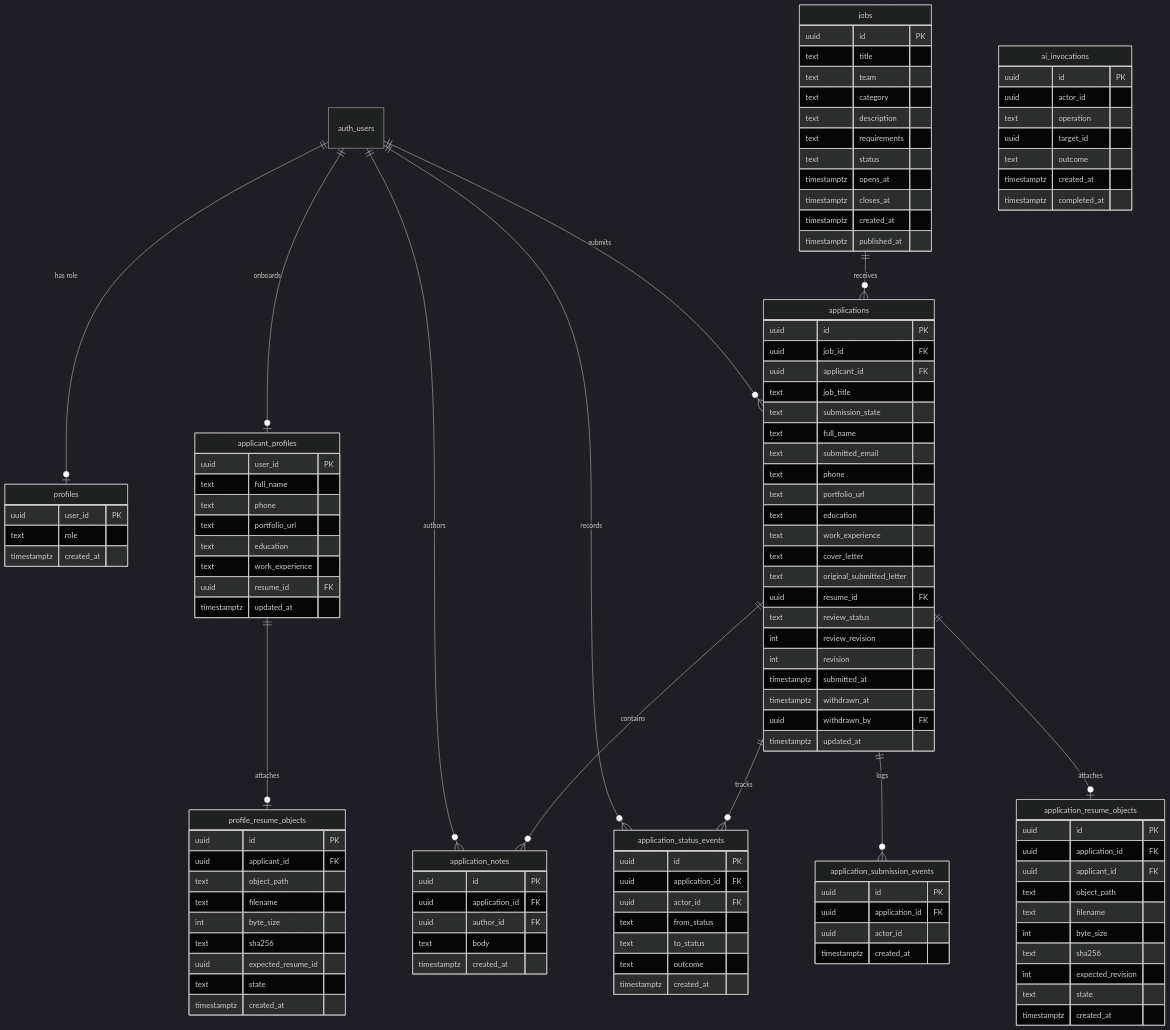
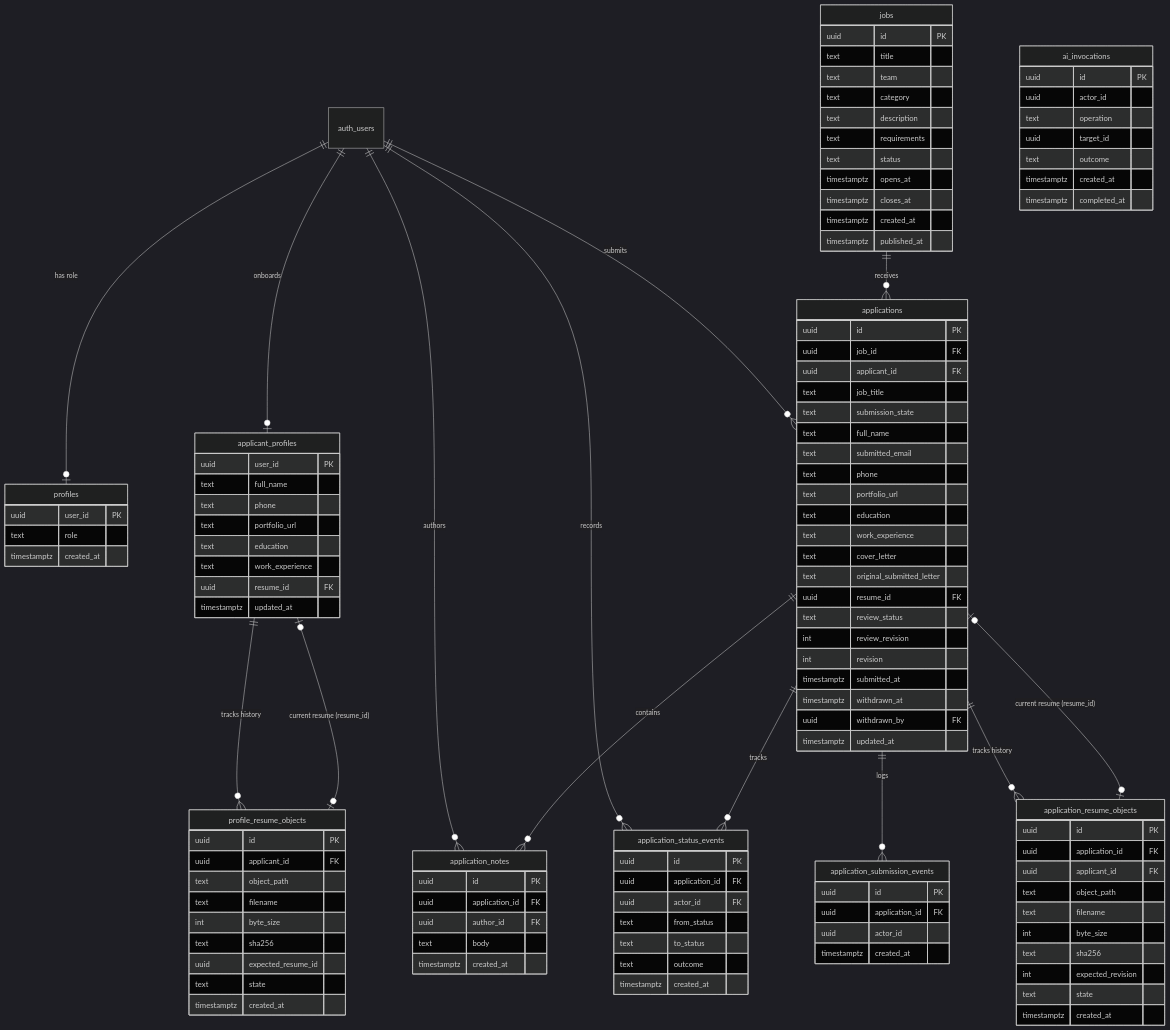
One commit to CS3227-2610-MP3-ConnectTalent/CS3227-2610-MP3 changed the second of 9 diagrams in docs/DeveloperGuide.md. Above: the diagram before and after it, drawn with Mermaid (dark theme). The commit also changed other lines of this file and 3 other files, not shown here.

Commit message:
docs(guides): address follow-up review findings and align ERD, upload, and AI sequences

```diff
--- a/docs/DeveloperGuide.md
+++ b/docs/DeveloperGuide.md
@@ -741,8 +741,10 @@
     applications ||--o{ application_notes : "contains"
     applications ||--o{ application_status_events : "tracks"
     applications ||--o{ application_submission_events : "logs"
-    applications ||--o| application_resume_objects : "attaches"
-    applicant_profiles ||--o| profile_resume_objects : "attaches"
+    applications ||--o{ application_resume_objects : "tracks history"
+    applications |o--o| application_resume_objects : "current resume (resume_id)"
+    applicant_profiles ||--o{ profile_resume_objects : "tracks history"
+    applicant_profiles |o--o| profile_resume_objects : "current resume (resume_id)"
 
     profiles {
         uuid user_id PK
```
